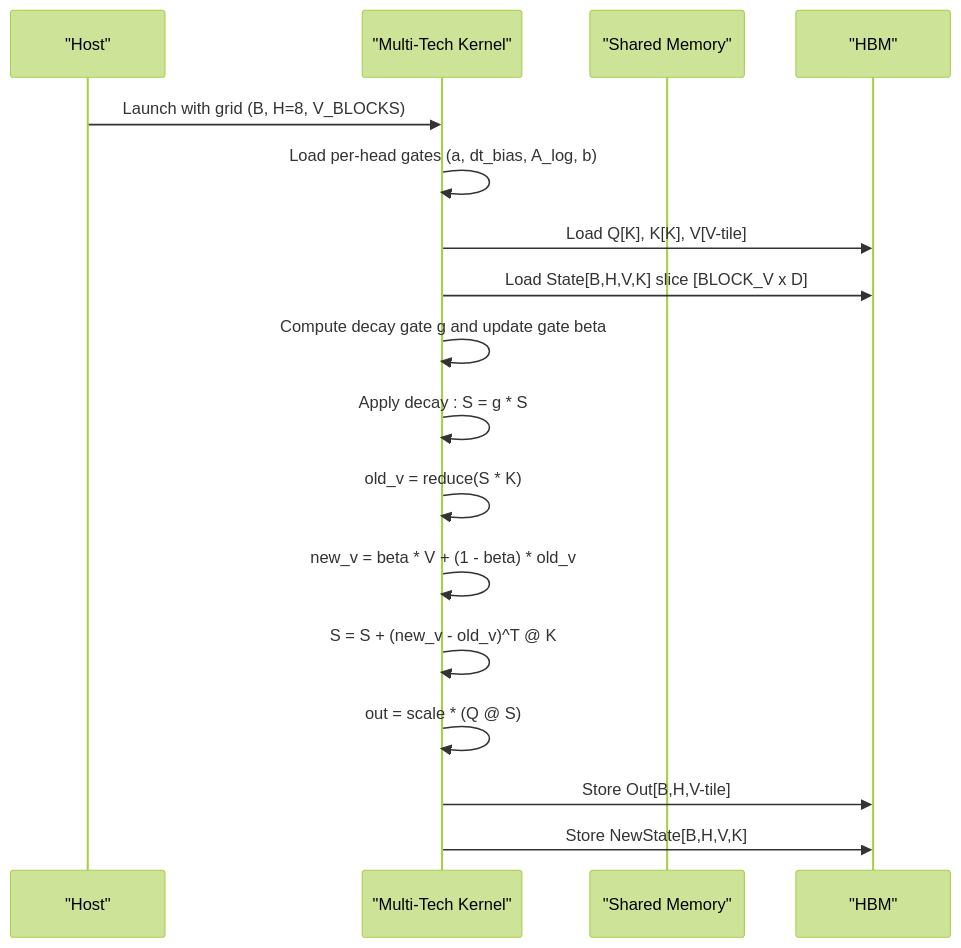
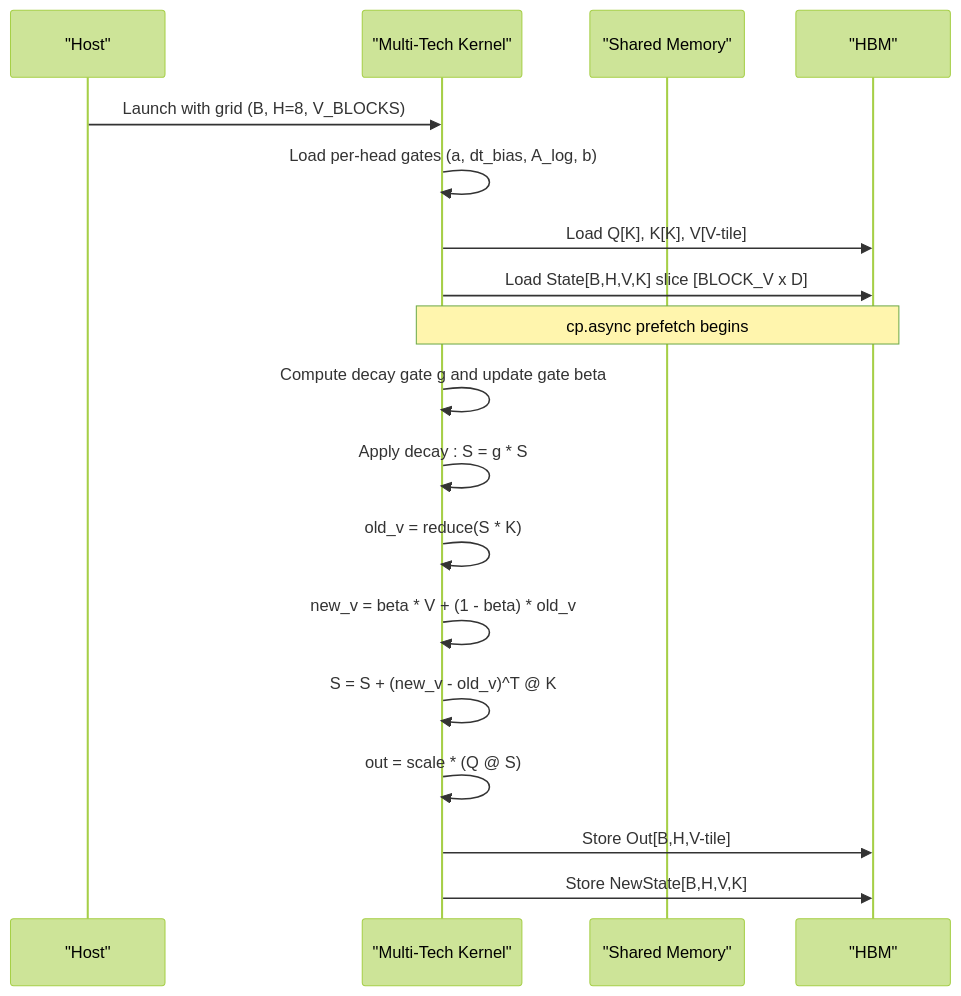
Before and after one commit to gugudeshubao/flashinfer-bench-tma-thrust: the second of 4 diagrams in .qoder/repowiki/en/content/Core Kernels/GDN Decode Kernel.md, drawn with Mermaid (forest theme). The commit also changed other lines of this file and 3 other files, not shown here.

````diff
--- a/.qoder/repowiki/en/content/Core Kernels/GDN Decode Kernel.md
+++ b/.qoder/repowiki/en/content/Core Kernels/GDN Decode Kernel.md
@@ -120,19 +132,20 @@
 ```mermaid
 sequenceDiagram
 participant Host as "Host"
 participant Kernel as "Multi-Tech Kernel"
 participant SMem as "Shared Memory"
 participant HBM as "HBM"
 Host->>Kernel : Launch with grid (B, H=8, V_BLOCKS)
 Kernel->>Kernel : Load per-head gates (a, dt_bias, A_log, b)
 Kernel->>HBM : Load Q[K], K[K], V[V-tile]
 Kernel->>HBM : Load State[B,H,V,K] slice [BLOCK_V x D]
+Note over Kernel,HBM : cp.async prefetch begins
 Kernel->>Kernel : Compute decay gate g and update gate beta
 Kernel->>Kernel : Apply decay : S = g * S
 Kernel->>Kernel : old_v = reduce(S * K)
 Kernel->>Kernel : new_v = beta * V + (1 - beta) * old_v
 Kernel->>Kernel : S = S + (new_v - old_v)^T @ K
 Kernel->>Kernel : out = scale * (Q @ S)
 Kernel->>HBM : Store Out[B,H,V-tile]
 Kernel->>HBM : Store NewState[B,H,V,K]
 ```
````
